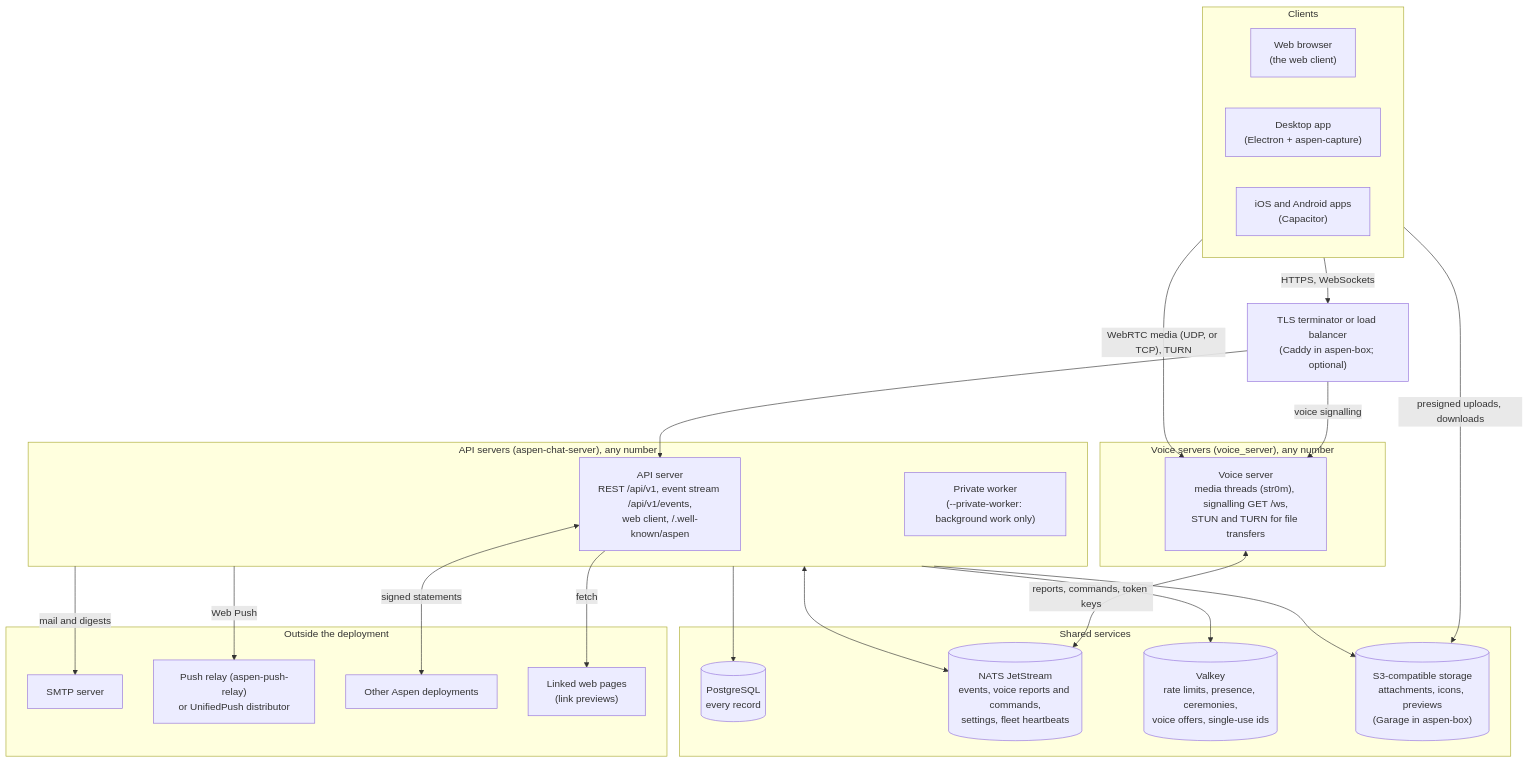
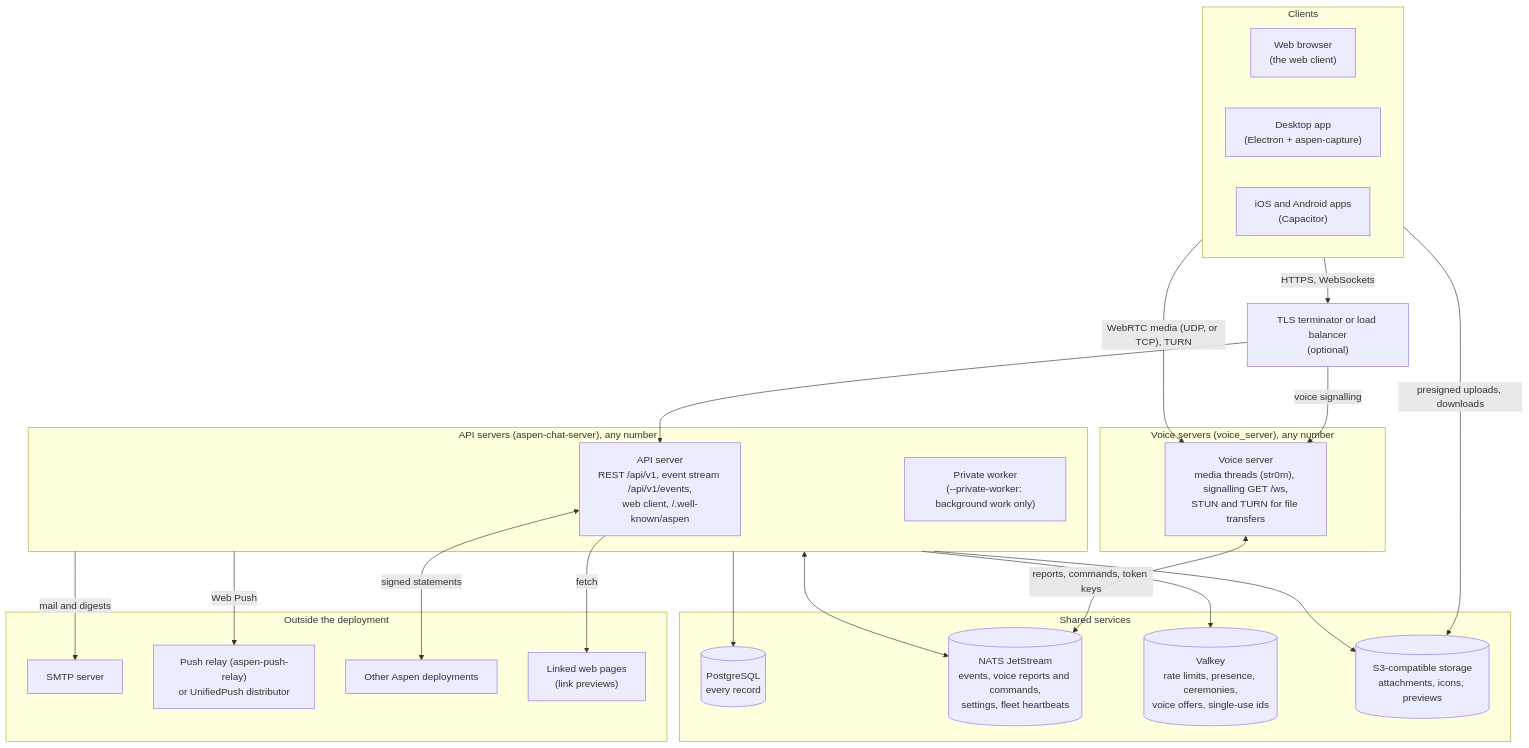
The first of 3 diagrams in docs/diagrams/deployment.md (aspen-chat/aspen-chat-server), drawn with Mermaid before and after one commit. The commit also changed other lines of this file and 65 other files, not shown here.

````diff
--- a/docs/diagrams/deployment.md
+++ b/docs/diagrams/deployment.md
@@ -10,48 +11,48 @@
 ```mermaid
 flowchart TB
     subgraph clients["Clients"]
         browser["Web browser<br/>(the web client)"]
         desktop["Desktop app<br/>(Electron + aspen-capture)"]
         phone["iOS and Android apps<br/>(Capacitor)"]
     end
 
-    proxy["TLS terminator or load balancer<br/>(Caddy in aspen-box; optional)"]
+    proxy["TLS terminator or load balancer<br/>(optional)"]
 
     subgraph api_tier["API servers (aspen-chat-server), any number"]
         api["API server<br/>REST /api/v1, event stream /api/v1/events,<br/>web client, /.well-known/aspen"]
         worker["Private worker<br/>(--private-worker: background work only)"]
     end
 
     subgraph voice_tier["Voice servers (voice_server), any number"]
         voice["Voice server<br/>media threads (str0m), signalling GET /ws,<br/>STUN and TURN for file transfers"]
     end
 
     subgraph shared["Shared services"]
         pg[("PostgreSQL<br/>every record")]
         nats[("NATS JetStream<br/>events, voice reports and commands,<br/>settings, fleet heartbeats")]
         valkey[("Valkey<br/>rate limits, presence, ceremonies,<br/>voice offers, single-use ids")]
-        s3[("S3-compatible storage<br/>attachments, icons, previews<br/>(Garage in aspen-box)")]
+        s3[("S3-compatible storage<br/>attachments, icons, previews")]
     end
 
     subgraph outside["Outside the deployment"]
         smtp["SMTP server"]
         relay["Push relay (aspen-push-relay)<br/>or UnifiedPush distributor"]
         others["Other Aspen deployments"]
         web["Linked web pages<br/>(link previews)"]
     end
 
     clients -- "HTTPS, WebSockets" --> proxy
     proxy --> api
     proxy -- "voice signalling" --> voice
     clients -- "WebRTC media (UDP, or TCP), TURN" --> voice
     clients -- "presigned uploads, downloads" --> s3
 
     api_tier --> pg & valkey & s3
     api_tier <--> nats
     voice <-- "reports, commands, token keys" --> nats
 
     api_tier -- "mail and digests" --> smtp
     api_tier -- "Web Push" --> relay
     api <-- "signed statements" --> others
     api -- "fetch" --> web
 ```
````
